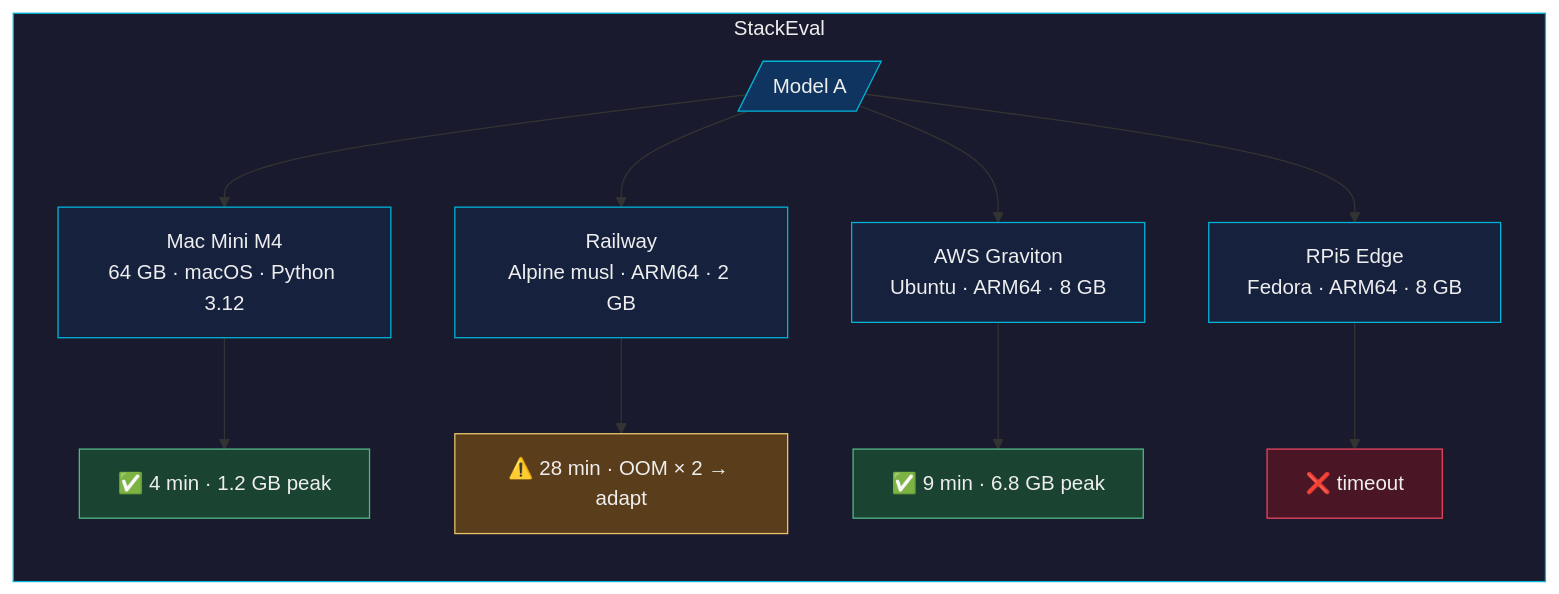
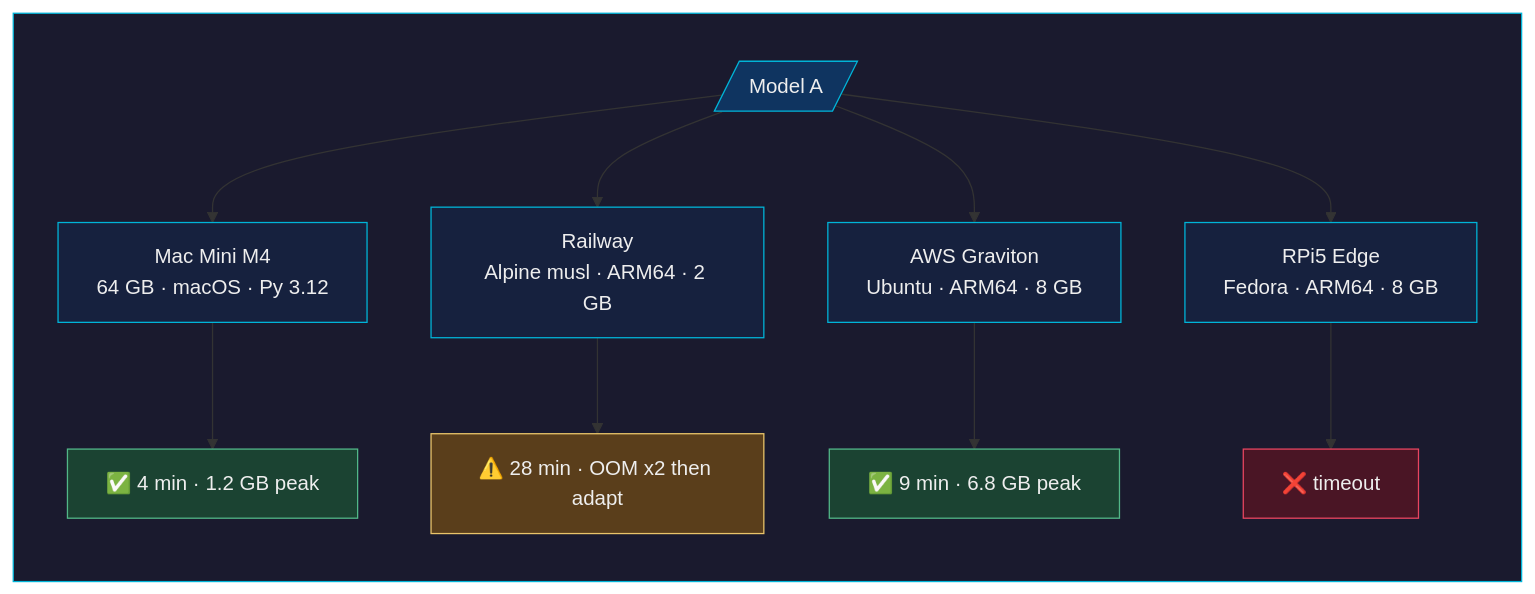
Before and after one commit to realityinspector/stack-eval: the second of 4 diagrams in README.md, drawn with Mermaid. The commit also changed other lines of this file, not shown here.

First line of the commit message:
Revise README for StackEval v0.5 updates

````diff
--- a/README.md
+++ b/README.md
@@ -108,30 +61,30 @@
 ```mermaid
-flowchart LR
-    subgraph STACKEVAL["StackEval"]
+flowchart TB
+    subgraph se [" "]
         direction TB
         M[/"Model A"/]
-        S1["Mac Mini M4\n64 GB · macOS · Python 3.12"]
-        S2["Railway\nAlpine musl · ARM64 · 2 GB"]
-        S3["AWS Graviton\nUbuntu · ARM64 · 8 GB"]
-        S4["RPi5 Edge\nFedora · ARM64 · 8 GB"]
+        S1["Mac Mini M4<br/>64 GB · macOS · Py 3.12"]
+        S2["Railway<br/>Alpine musl · ARM64 · 2 GB"]
+        S3["AWS Graviton<br/>Ubuntu · ARM64 · 8 GB"]
+        S4["RPi5 Edge<br/>Fedora · ARM64 · 8 GB"]
         R1["✅ 4 min · 1.2 GB peak"]
-        R2["⚠️ 28 min · OOM × 2 → adapt"]
+        R2["⚠️ 28 min · OOM x2 then adapt"]
         R3["✅ 9 min · 6.8 GB peak"]
         R4["❌ timeout"]
         M --> S1 --> R1
         M --> S2 --> R2
         M --> S3 --> R3
         M --> S4 --> R4
     end
 
-    style STACKEVAL fill:#1a1a2e,stroke:#00b4d8,color:#eee
+    style se fill:#1a1a2e,stroke:#00b4d8,color:#eee
     style M fill:#0f3460,stroke:#00b4d8,color:#eee
     style S1 fill:#16213e,stroke:#00b4d8,color:#eee
     style S2 fill:#16213e,stroke:#00b4d8,color:#eee
     style S3 fill:#16213e,stroke:#00b4d8,color:#eee
     style S4 fill:#16213e,stroke:#00b4d8,color:#eee
     style R1 fill:#1b4332,stroke:#52b788,color:#eee
     style R2 fill:#5a3e1b,stroke:#e9c46a,color:#eee
     style R3 fill:#1b4332,stroke:#52b788,color:#eee
     style R4 fill:#4a1525,stroke:#e94560,color:#eee
 ```
````
